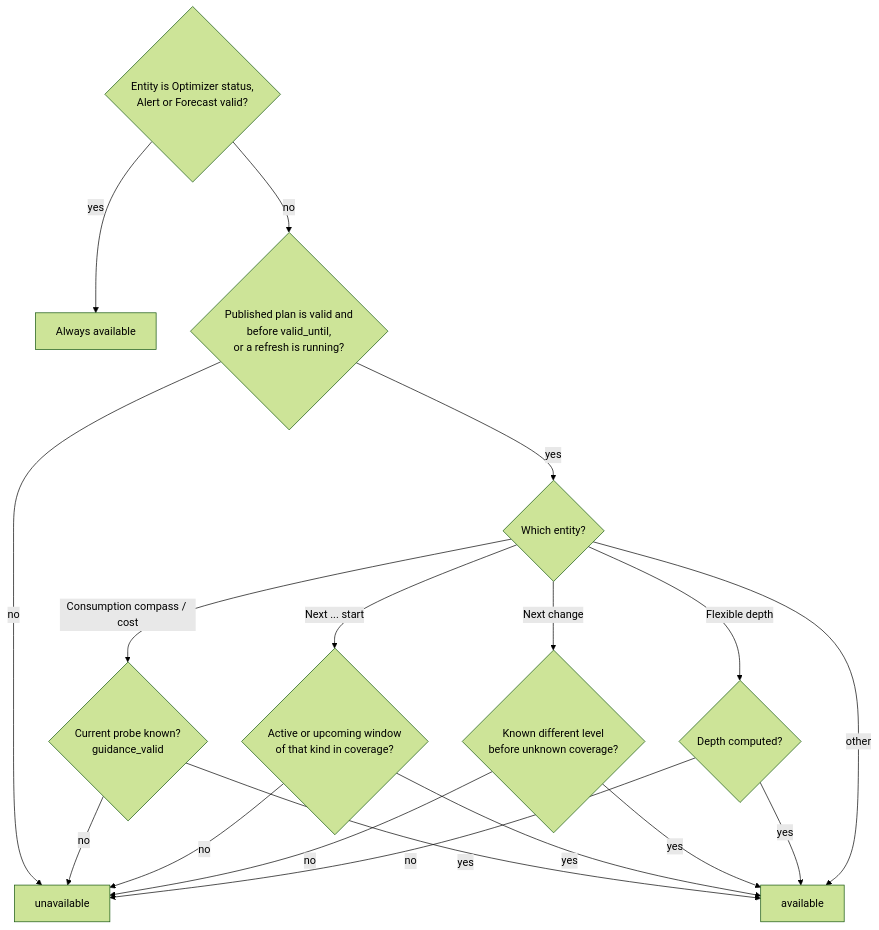
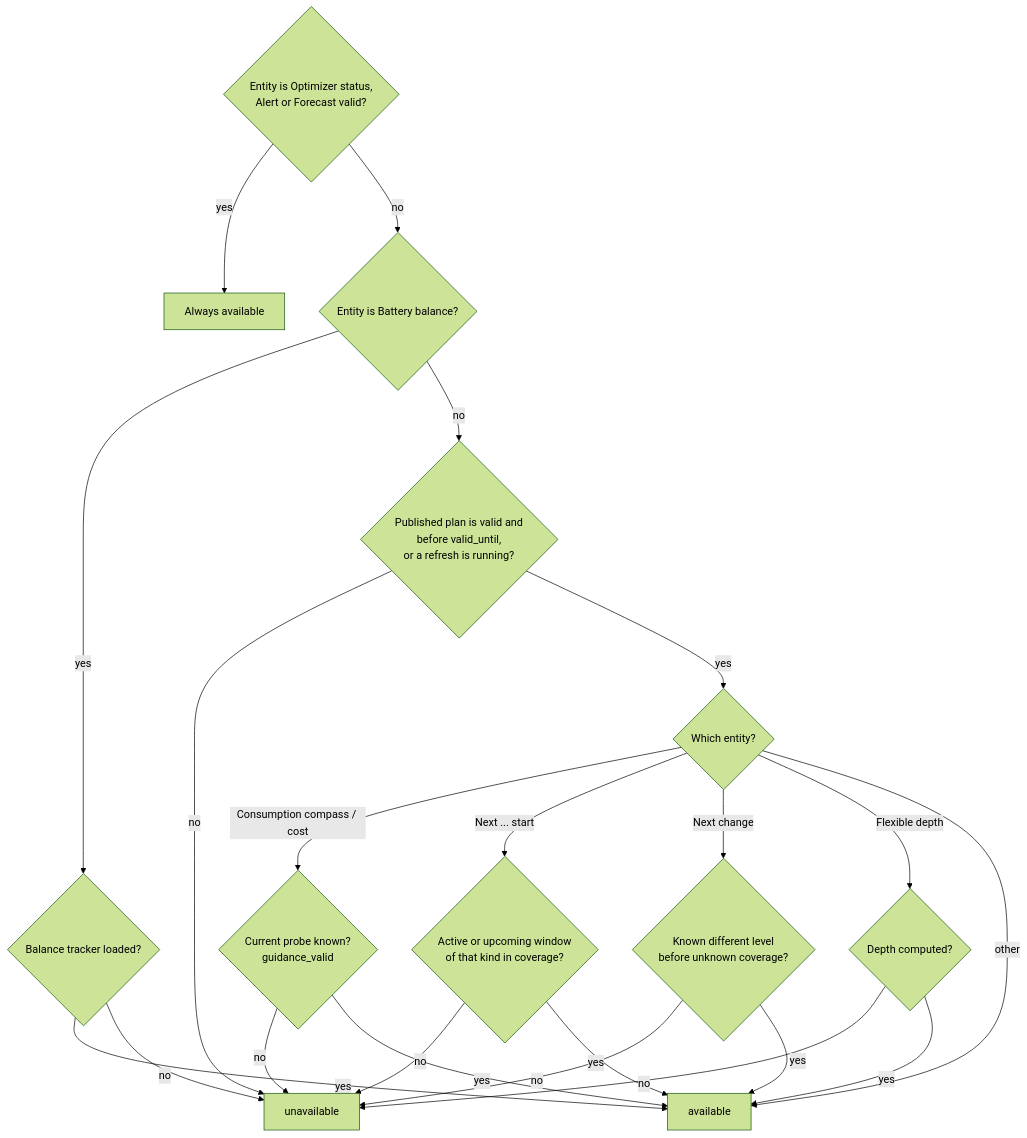
Before and after one commit to marino39/ha-energy-compass: the third of 11 diagrams in docs/guide.en.md, drawn with Mermaid (forest theme). The commit also changed other lines of this file and 21 other files, not shown here.

First line of the commit message:
feat: expose the battery balance diagnostic sensor

````diff
--- a/docs/guide.en.md
+++ b/docs/guide.en.md
@@ -123,20 +127,24 @@
 ```mermaid
 flowchart TD
     A{Entity is Optimizer status,<br/>Alert or Forecast valid?} -- yes --> ON[Always available]
-    A -- no --> B{Published plan is valid and<br/>before valid_until,<br/>or a refresh is running?}
+    A -- no --> BB{Entity is Battery balance?}
+    BB -- yes --> BBR{Balance tracker loaded?}
+    BBR -- yes --> AV
+    BBR -- no --> UN
+    BB -- no --> B{Published plan is valid and<br/>before valid_until,<br/>or a refresh is running?}
     B -- no --> UN[unavailable]
     B -- yes --> C{Which entity?}
     C -- Consumption compass / cost --> G{Current probe known?<br/>guidance_valid}
     G -- no --> UN
     G -- yes --> AV[available]
     C -- Next ... start --> WN{Active or upcoming window<br/>of that kind in coverage?}
     WN -- no --> UN
     WN -- yes --> AV
     C -- Next change --> NC{Known different level<br/>before unknown coverage?}
     NC -- no --> UN
     NC -- yes --> AV
     C -- Flexible depth --> FD{Depth computed?}
     FD -- no --> UN
     FD -- yes --> AV
     C -- other --> AV
 ```
````
